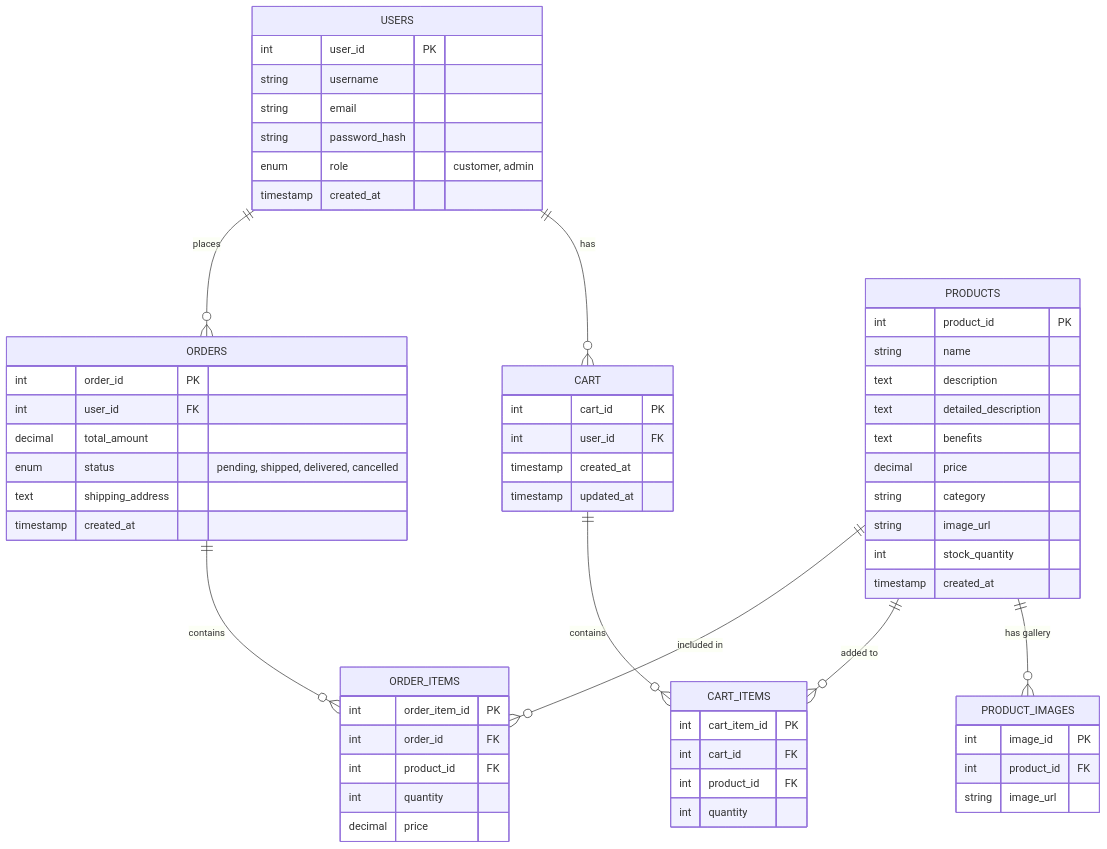
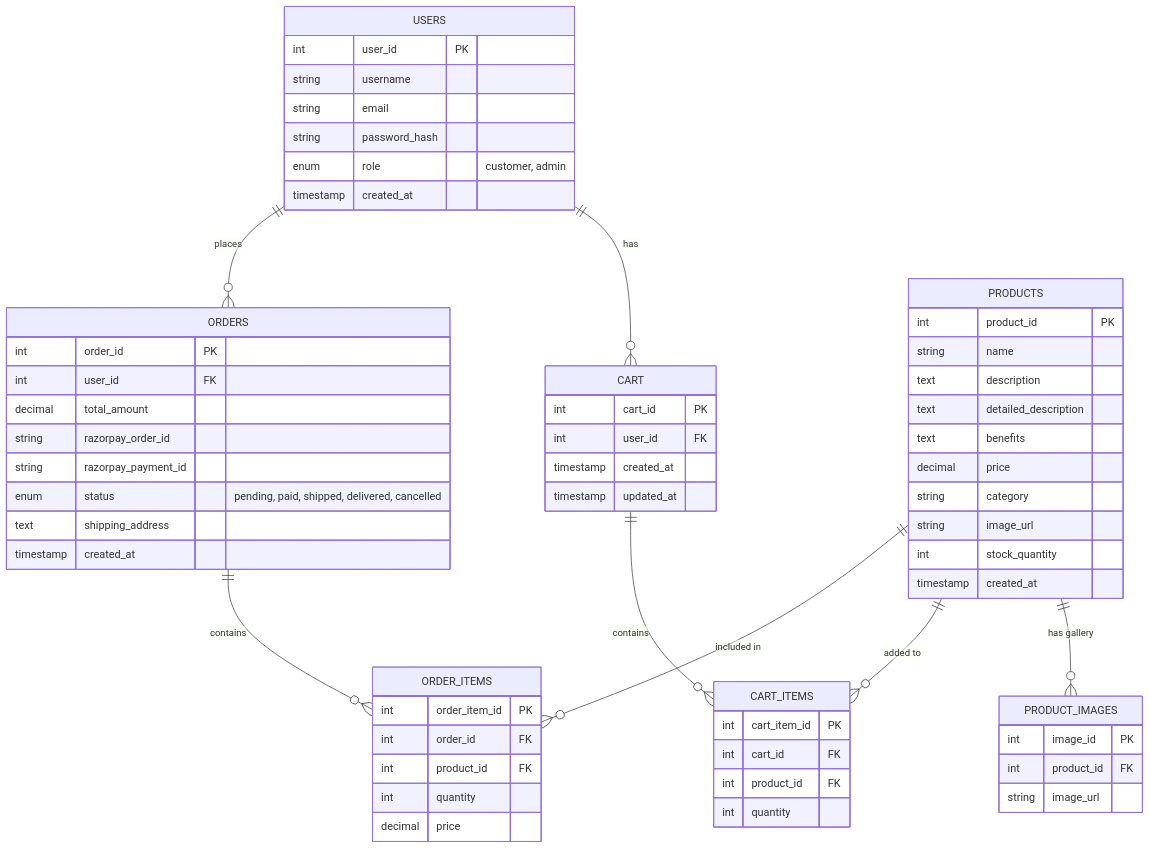
The diagram in database_design.md (quixel200/herbhari), drawn with Mermaid before and after one commit. The commit also changed other lines of this file and 6 other files, not shown here.

````diff
--- a/database_design.md
+++ b/database_design.md
@@ -7,68 +7,70 @@
 ```mermaid
 erDiagram
     USERS ||--o{ ORDERS : places
     USERS ||--o{ CART : has
     USERS {
         int user_id PK
         string username
         string email
         string password_hash
         enum role "customer, admin"
         timestamp created_at
     }
     
     PRODUCTS ||--o{ ORDER_ITEMS : "included in"
     PRODUCTS ||--o{ CART_ITEMS : "added to"
     PRODUCTS ||--o{ PRODUCT_IMAGES : "has gallery"
     PRODUCTS {
         int product_id PK
         string name
         text description
         text detailed_description
         text benefits
         decimal price
         string category
         string image_url
         int stock_quantity
         timestamp created_at
     }
 
     PRODUCT_IMAGES {
         int image_id PK
         int product_id FK
         string image_url
     }
 
     CART ||--o{ CART_ITEMS : contains
     CART {
         int cart_id PK
         int user_id FK
         timestamp created_at
         timestamp updated_at
     }
 
     CART_ITEMS {
         int cart_item_id PK
         int cart_id FK
         int product_id FK
         int quantity
     }
 
     ORDERS ||--o{ ORDER_ITEMS : contains
     ORDERS {
         int order_id PK
         int user_id FK
         decimal total_amount
-        enum status "pending, shipped, delivered, cancelled"
+        string razorpay_order_id
+        string razorpay_payment_id
+        enum status "pending, paid, shipped, delivered, cancelled"
         text shipping_address
         timestamp created_at
     }
 
     ORDER_ITEMS {
         int order_item_id PK
         int order_id FK
         int product_id FK
         int quantity
         decimal price
     }
 ```
````
